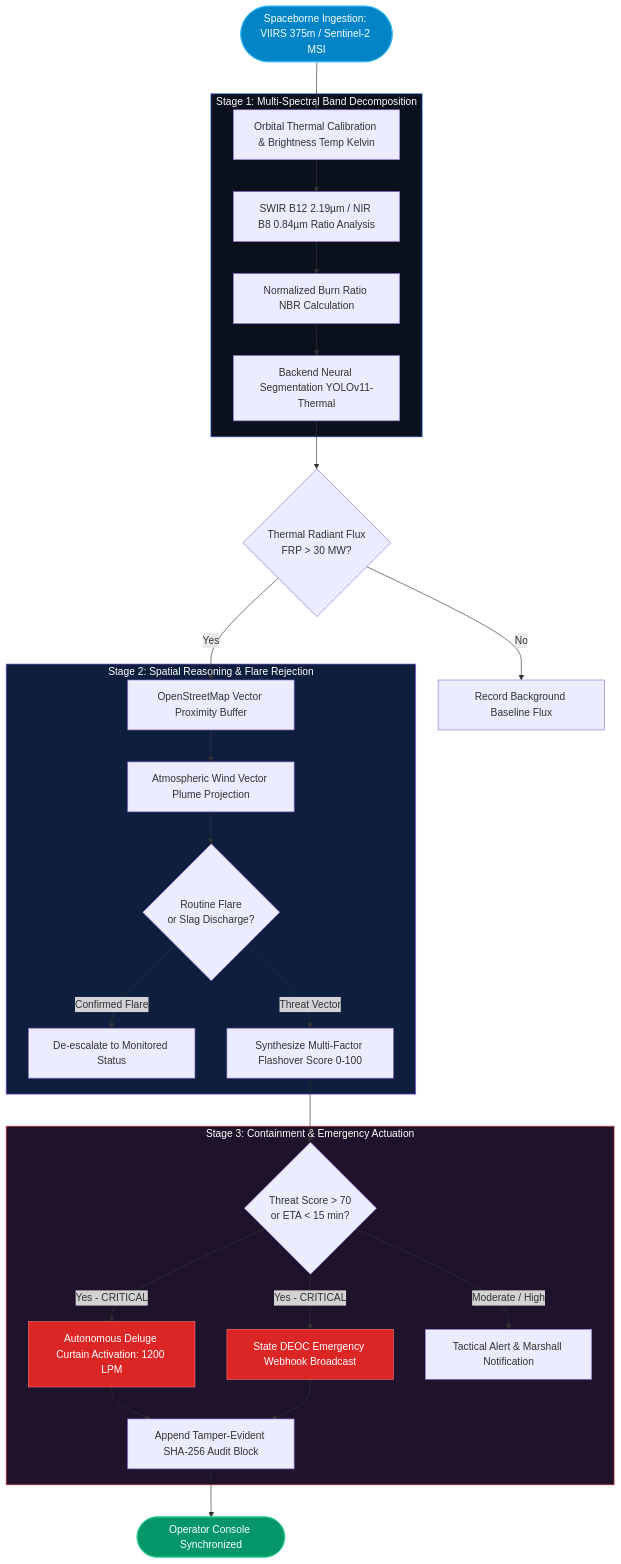
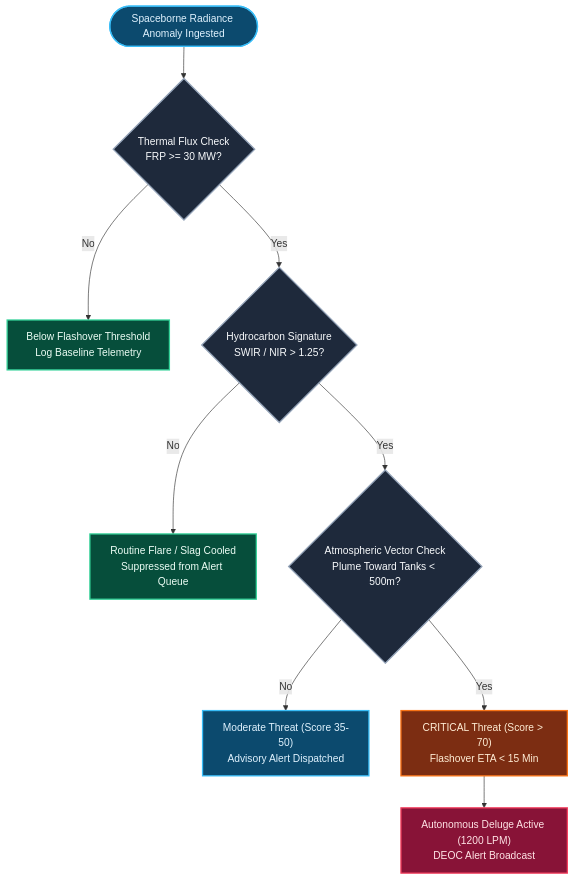
One commit to krtx17/Thermo_Shield_AI changed the third of 4 diagrams in README.md. Above: the diagram before and after it, drawn with Mermaid. The commit also changed other lines of this file, not shown here.

Commit message:
docs: redesign diagrams with high-contrast theme, non-overlapping nodes, 4-tier hierarchy, and closed-loop containment cycle

````diff
--- a/README.md
+++ b/README.md
@@ -124,40 +155,27 @@
 ```mermaid
 flowchart TD
-    ORB([Spaceborne Ingestion: VIIRS 375m / Sentinel-2 MSI]) --> P1[Orbital Thermal Calibration & Brightness Temp Kelvin]
-    
-    subgraph S1["Stage 1: Multi-Spectral Band Decomposition"]
-        P1 --> SWIR[SWIR B12 2.19µm / NIR B8 0.84µm Ratio Analysis]
-        SWIR --> NBR[Normalized Burn Ratio NBR Calculation]
-        NBR --> CV[Backend Neural Segmentation YOLOv11-Thermal]
-    end
+    IN(["Spaceborne Radiance Anomaly Ingested"]):::space
+    FRP{"Thermal Flux Check<br/>FRP >= 30 MW?"}:::broker
+    FLARE_NO["Below Flashover Threshold<br/>Log Baseline Telemetry"]:::safe
+    SPEC{"Hydrocarbon Signature<br/>SWIR / NIR > 1.25?"}:::broker
+    FLARE_YES["Routine Flare / Slag Cooled<br/>Suppressed from Alert Queue"]:::safe
+    WIND{"Atmospheric Vector Check<br/>Plume Toward Tanks < 500m?"}:::broker
+    MONITOR["Moderate Threat (Score 35-50)<br/>Advisory Alert Dispatched"]:::space
+    CRIT["CRITICAL Threat (Score > 70)<br/>Flashover ETA < 15 Min"]:::fire
+    DEPLOY["Autonomous Deluge Active (1200 LPM)<br/>DEOC Alert Broadcast"]:::alert
 
-    CV --> THRESH{Thermal Radiant Flux<br/>FRP > 30 MW?}
-    THRESH -->|No| LOG[Record Background Baseline Flux]
-    THRESH -->|Yes| SPATIAL[OpenStreetMap Vector Proximity Buffer]
+    IN --> FRP
+    FRP -->|No| FLARE_NO
+    FRP -->|Yes| SPEC
+    SPEC -->|No| FLARE_YES
+    SPEC -->|Yes| WIND
+    WIND -->|No| MONITOR
+    WIND -->|Yes| CRIT
+    CRIT --> DEPLOY
 
-    subgraph S2["Stage 2: Spatial Reasoning & Flare Rejection"]
-        SPATIAL --> WIND[Atmospheric Wind Vector Plume Projection]
-        WIND --> FLARE{Routine Flare<br/>or Slag Discharge?}
-        FLARE -->|Confirmed Flare| REJECT[De-escalate to Monitored Status]
-        FLARE -->|Threat Vector| MATRIX[Synthesize Multi-Factor Flashover Score 0-100]
-    end
-
-    subgraph S3["Stage 3: Containment & Emergency Actuation"]
-        MATRIX --> SEV{Threat Score > 70<br/>or ETA < 15 min?}
-        SEV -->|Yes - CRITICAL| FIRE_DELUGE[Autonomous Deluge Curtain Activation: 1200 LPM]
-        SEV -->|Yes - CRITICAL| DISPATCH[State DEOC Emergency Webhook Broadcast]
-        SEV -->|Moderate / High| WARN[Tactical Alert & Marshall Notification]
-        FIRE_DELUGE --> SIGN[Append Tamper-Evident SHA-256 Audit Block]
-        DISPATCH --> SIGN
-    end
-
-    SIGN --> DONE([Operator Console Synchronized])
-
-    style ORB fill:#0284C7,stroke:#38BDF8,color:#FFFFFF
-    style S1 fill:#0B101D,stroke:#2563EB,color:#FFFFFF
-    style S2 fill:#0D1F3C,stroke:#8B5CF6,color:#FFFFFF
-    style S3 fill:#1F132B,stroke:#EF4444,color:#FFFFFF
-    style FIRE_DELUGE fill:#DC2626,stroke:#F87171,color:#FFFFFF
-    style DISPATCH fill:#DC2626,stroke:#F87171,color:#FFFFFF
-    style DONE fill:#059669,stroke:#34D399,color:#FFFFFF
+    classDef space fill:#0c4a6e,stroke:#38bdf8,stroke-width:2px,color:#e0f2fe;
+    classDef broker fill:#1e293b,stroke:#94a3b8,stroke-width:2px,color:#f8fafc;
+    classDef fire fill:#7c2d12,stroke:#f97316,stroke-width:2px,color:#ffedd5;
+    classDef alert fill:#881337,stroke:#f43f5e,stroke-width:2px,color:#ffe4e6;
+    classDef safe fill:#064e3b,stroke:#34d399,stroke-width:2px,color:#ecfdf5;
 ```
````
